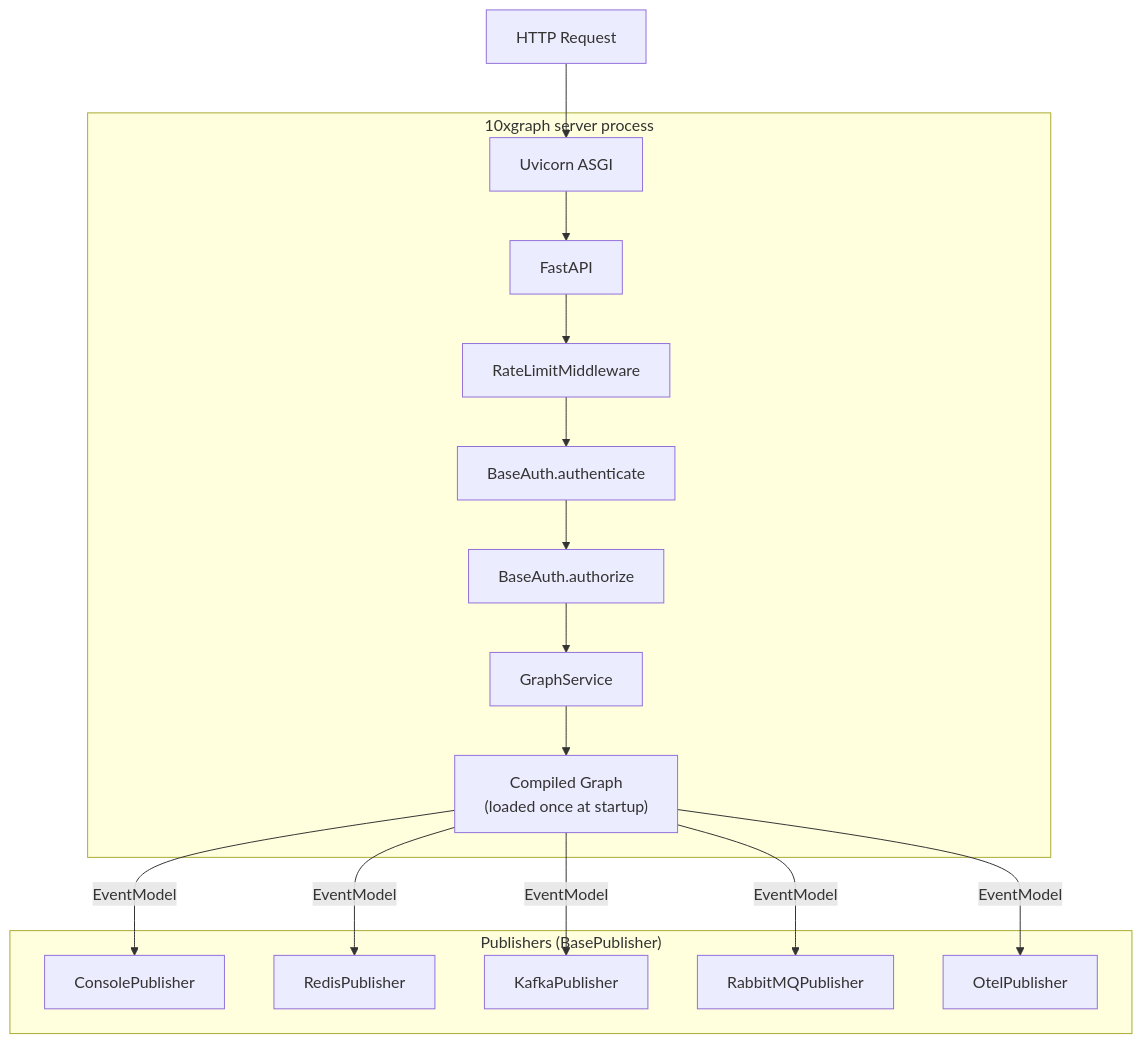
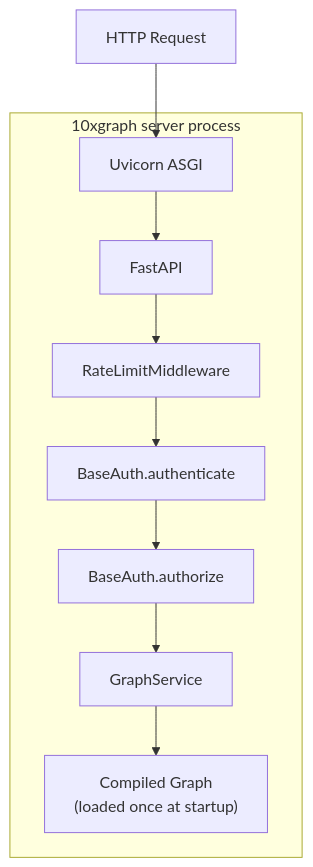
One commit to 10xGraph/10xgraph-docs changed the diagram in src/content/docs/concepts/serving-agents.md. Above: the diagram before and after it, drawn with Mermaid. The commit also changed other lines of this file and 54 other files, not shown here.

````diff
--- a/src/content/docs/concepts/serving-agents.md
+++ b/src/content/docs/concepts/serving-agents.md
@@ -15,21 +15,13 @@
 ```mermaid
 flowchart TB
   subgraph "10xgraph server process"
     UV[Uvicorn ASGI]
     FA[FastAPI]
     RATE[RateLimitMiddleware]
     AUTH[BaseAuth.authenticate]
     AUTHZ[BaseAuth.authorize]
     SVC[GraphService]
     GRAPH["Compiled Graph\n(loaded once at startup)"]
   end
-  subgraph "Publishers  (BasePublisher)"
-    PUB_C[ConsolePublisher]
-    PUB_R[RedisPublisher]
-    PUB_K[KafkaPublisher]
-    PUB_Q[RabbitMQPublisher]
-    PUB_O[OtelPublisher]
-  end
   REQ[HTTP Request] --> UV --> FA --> RATE --> AUTH --> AUTHZ --> SVC --> GRAPH
-  GRAPH -->|EventModel| PUB_C & PUB_R & PUB_K & PUB_Q & PUB_O
 ```
````
